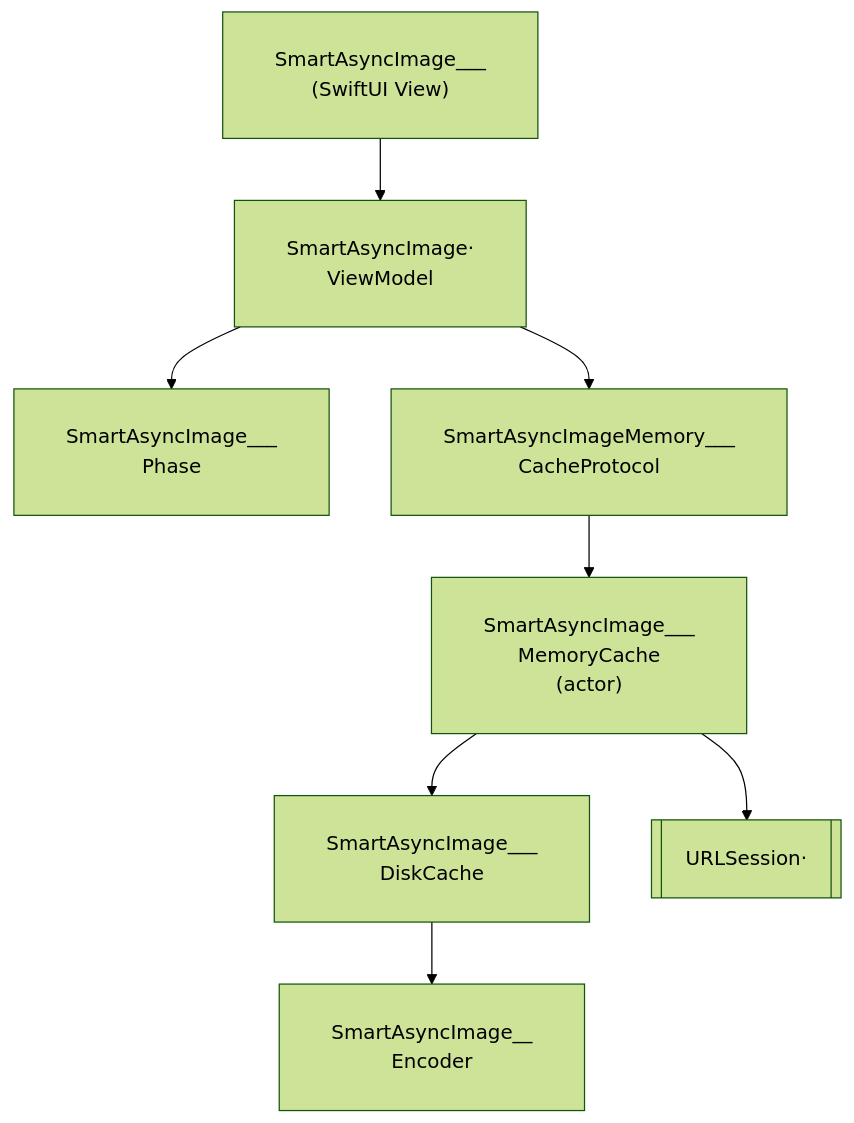
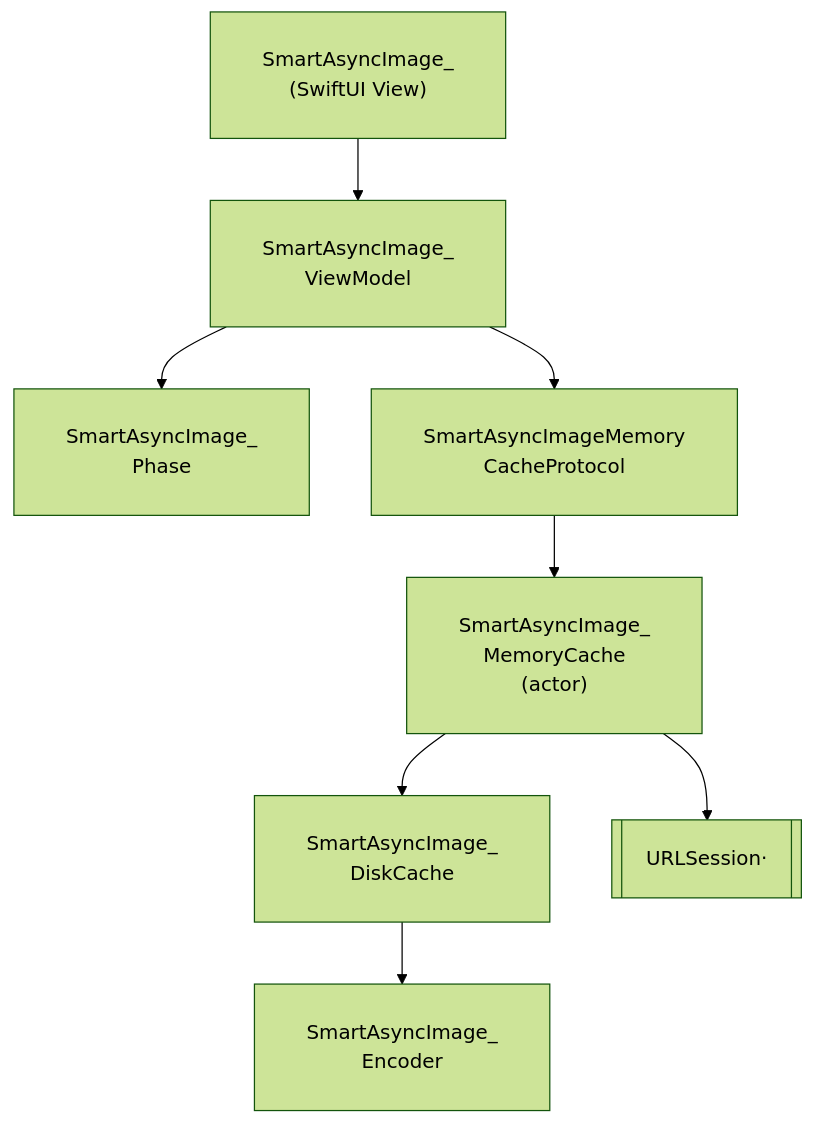
Before and after one commit to gentle-giraffe-apps/SmartAsyncImage: the diagram in README.md, drawn with Mermaid (forest theme).

Commit message:
variation

````diff
--- a/README.md
+++ b/README.md
@@ -86,10 +86,10 @@
 ```mermaid
 flowchart TD
-    SAI["<div style='padding:12px 12px; white-space:nowrap;'>SmartAsyncImage___<br/>(SwiftUI View)</div>"] --> VM["<div style='padding:12px 12px; white-space:nowrap;'>SmartAsyncImage·<br/>ViewModel</div>"]
-    VM --> Phase["<div style='padding:12px 12px; white-space:nowrap;'>SmartAsyncImage___<br/>Phase</div>"]
-    VM --> MemProto["<div style='padding:12px 12px; white-space:nowrap;'>SmartAsyncImageMemory___<br/>CacheProtocol</div>"]
-    MemProto --> Mem["<div style='padding:12px 12px; white-space:nowrap;'>SmartAsyncImage___<br/>MemoryCache<br/>(actor)</div>"]
-    Mem --> Disk["<div style='padding:12px 12px; white-space:nowrap;'>SmartAsyncImage___<br/>DiskCache</div>"]
-    Disk --> Encoder["<div style='padding:12px 12px; white-space:nowrap;'>SmartAsyncImage__<br/>Encoder</div>"]
+    SAI["<div style='padding:12px 12px; white-space:nowrap;'>SmartAsyncImage_<br/>(SwiftUI View)</div>"] --> VM["<div style='padding:12px 12px; white-space:nowrap;'>SmartAsyncImage_<br/>ViewModel</div>"]
+    VM --> Phase["<div style='padding:12px 12px; white-space:nowrap;'>SmartAsyncImage_<br/>Phase</div>"]
+    VM --> MemProto["<div style='padding:12px 12px; white-space:nowrap;'>SmartAsyncImageMemory<br/>CacheProtocol</div>"]
+    MemProto --> Mem["<div style='padding:12px 12px; white-space:nowrap;'>SmartAsyncImage_<br/>MemoryCache<br/>(actor)</div>"]
+    Mem --> Disk["<div style='padding:12px 12px; white-space:nowrap;'>SmartAsyncImage_<br/>DiskCache</div>"]
+    Disk --> Encoder["<div style='padding:12px 12px; white-space:nowrap;'>SmartAsyncImage_<br/>Encoder</div>"]
     Mem --> URLSession[["<div style='padding:12px 12px; white-space:nowrap;'>URLSession·</div>"]]
 ```
````
